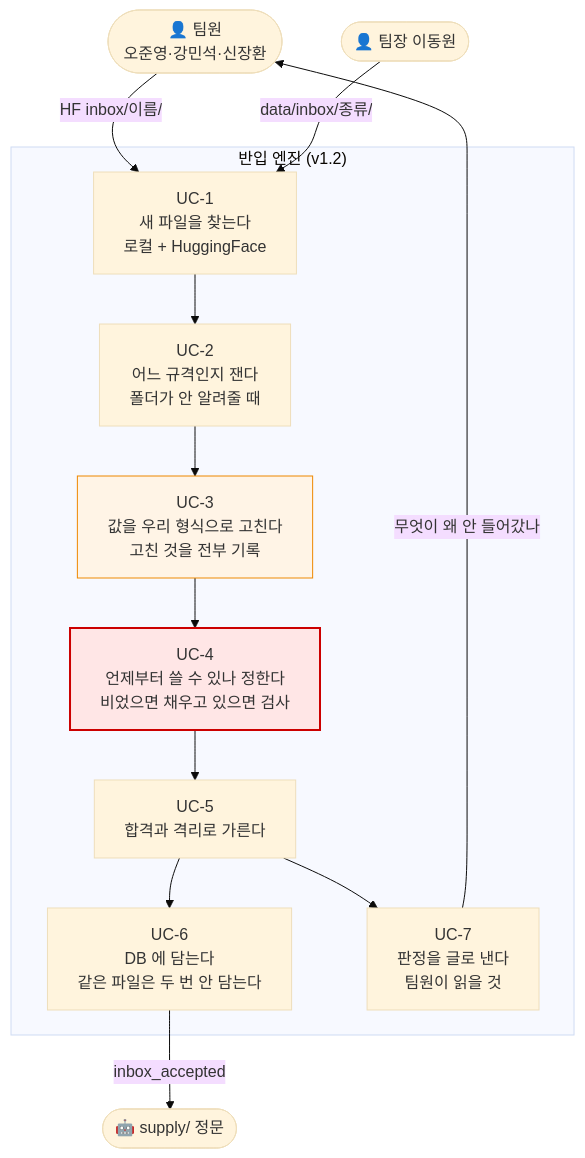
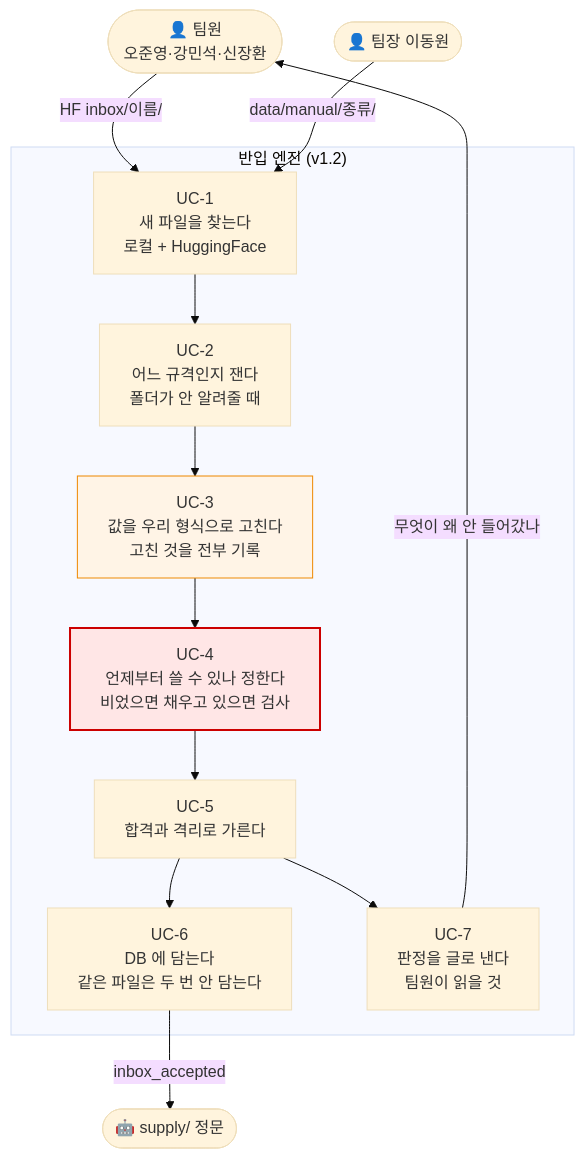
One commit to devlee328288/Alpha_Stack changed the first of 6 diagrams in docs/기능명세/version1.2/반입_엔진.md. Above: the diagram before and after it, drawn with Mermaid (base theme). The commit also changed other lines of this file and 11 other files, not shown here.

````diff
--- a/docs/기능명세/version1.2/반입_엔진.md
+++ b/docs/기능명세/version1.2/반입_엔진.md
@@ -33,26 +33,26 @@
 ```mermaid
 flowchart TB
     팀원(["👤 팀원<br/>오준영·강민석·신장환"])
     팀장(["👤 팀장 이동원"])
     supply(["🤖 supply/ 정문"])
 
     subgraph 엔진["반입 엔진 (v1.2)"]
         UC1["UC-1<br/>새 파일을 찾는다<br/>로컬 + HuggingFace"]
         UC2["UC-2<br/>어느 규격인지 잰다<br/>폴더가 안 알려줄 때"]
         UC3["UC-3<br/>값을 우리 형식으로 고친다<br/>고친 것을 전부 기록"]
         UC4["UC-4<br/>언제부터 쓸 수 있나 정한다<br/>비었으면 채우고 있으면 검사"]
         UC5["UC-5<br/>합격과 격리로 가른다"]
         UC6["UC-6<br/>DB 에 담는다<br/>같은 파일은 두 번 안 담는다"]
         UC7["UC-7<br/>판정을 글로 낸다<br/>팀원이 읽을 것"]
     end
 
     팀원 -->|"HF inbox/이름/"| UC1
-    팀장 -->|"data/inbox/종류/"| UC1
+    팀장 -->|"data/manual/종류/"| UC1
     UC1 --> UC2 --> UC3 --> UC4 --> UC5 --> UC6
     UC5 --> UC7
     UC7 -->|"무엇이 왜 안 들어갔나"| 팀원
     UC6 -->|"inbox_accepted"| supply
 
     style UC4 fill:#ffe6e6,stroke:#c00,stroke-width:2px
     style UC3 fill:#fff4e6,stroke:#e80
 ```
````
